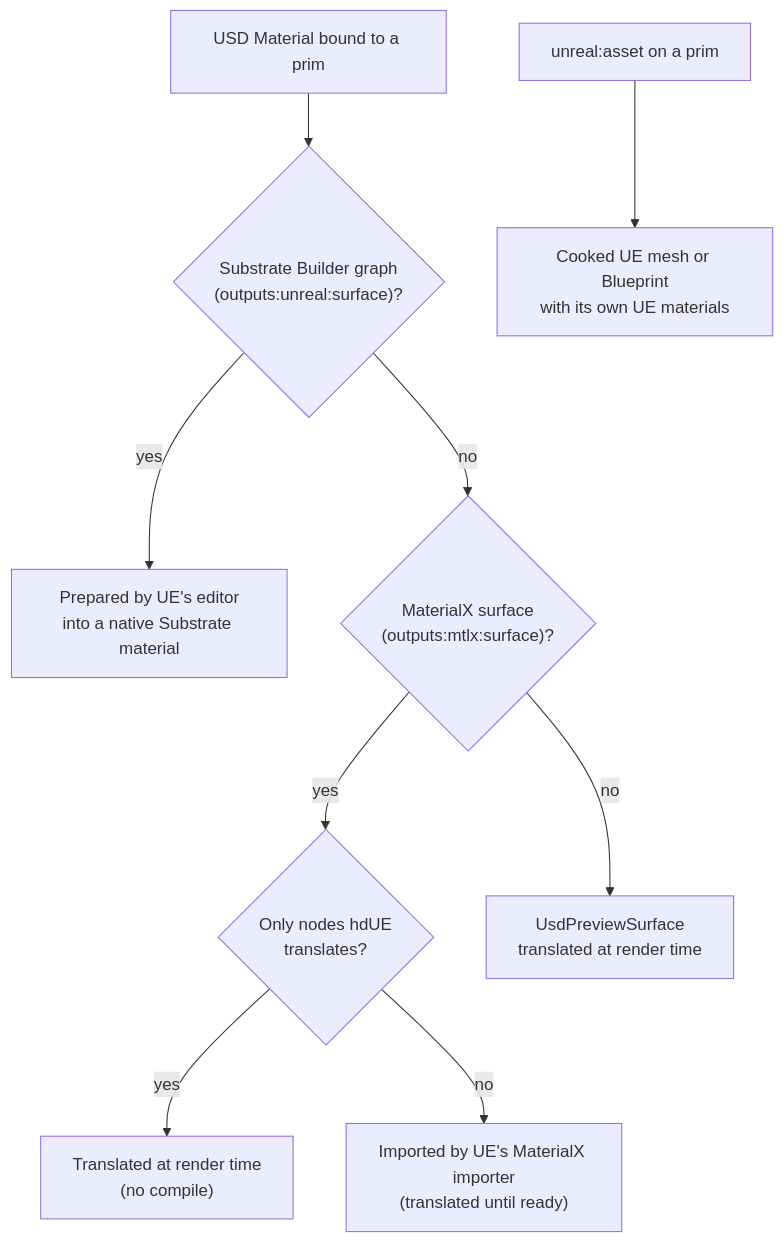
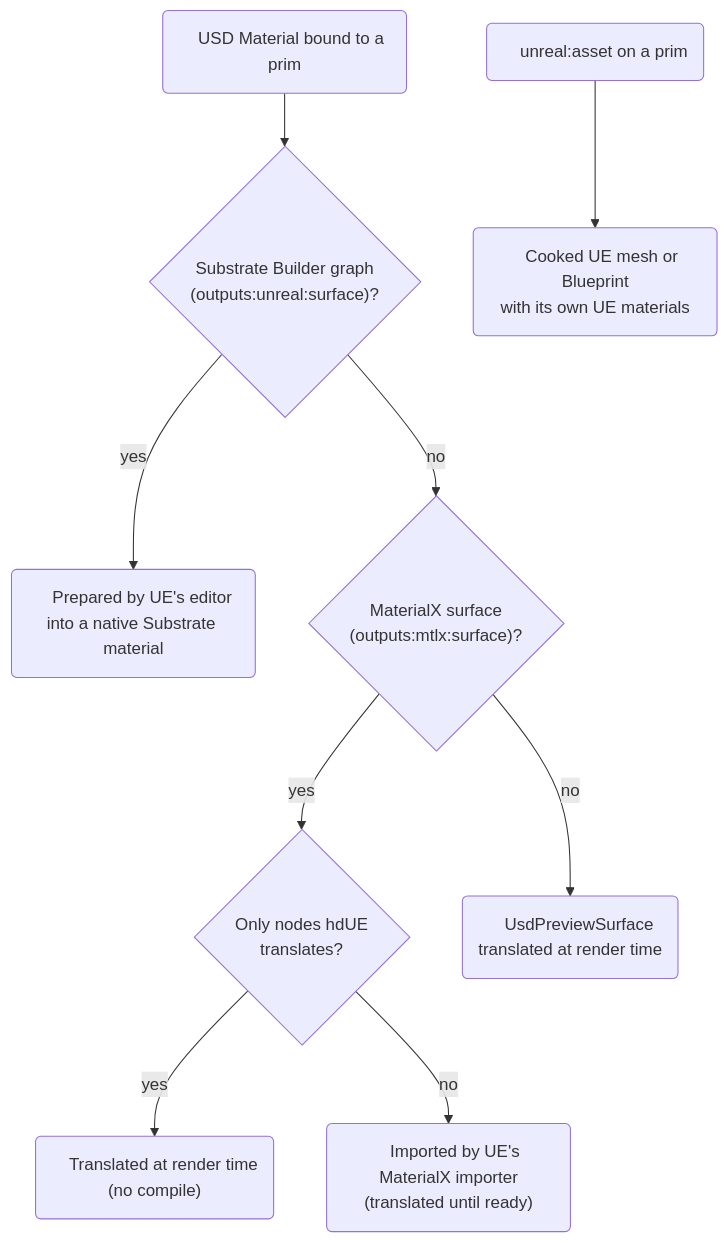
The diagram in docs/materials.md (healkeiser/HdUnrealEngine), drawn with Mermaid before and after one commit. The commit also changed 84 other files, not shown here.

First line of the commit message:
User guide: hdUE theme, interactive gallery, one diagram style, versioned docs

````diff
--- a/docs/materials.md
+++ b/docs/materials.md
@@ -11,11 +11,20 @@
 ```mermaid
 flowchart TD
-    M["USD Material bound to a prim"] --> Q1{"Substrate Builder graph<br/>(outputs:unreal:surface)?"}
-    Q1 -- yes --> SB["Prepared by UE's editor<br/>into a native Substrate material"]
+    M("fal:fa-palette USD Material bound to a prim") --> Q1{"Substrate Builder graph<br/>(outputs:unreal:surface)?"}
+    Q1 -- yes --> SB("fal:fa-hammer Prepared by UE's editor<br/>into a native Substrate material")
     Q1 -- no --> Q2{"MaterialX surface<br/>(outputs:mtlx:surface)?"}
     Q2 -- yes --> Q3{"Only nodes hdUE<br/>translates?"}
-    Q3 -- yes --> T["Translated at render time<br/>(no compile)"]
-    Q3 -- no --> I["Imported by UE's MaterialX importer<br/>(translated until ready)"]
-    Q2 -- no --> PS["UsdPreviewSurface<br/>translated at render time"]
-    N["unreal:asset on a prim"] --> NA["Cooked UE mesh or Blueprint<br/>with its own UE materials"]
+    Q3 -- yes --> T("fal:fa-zap Translated at render time<br/>(no compile)")
+    Q3 -- no --> I("fal:fa-download Imported by UE's MaterialX importer<br/>(translated until ready)")
+    Q2 -- no --> PS("fal:fa-zap UsdPreviewSurface<br/>translated at render time")
+    N("fal:fa-box unreal:asset on a prim") --> NA("fal:fa-boxes Cooked UE mesh or Blueprint<br/>with its own UE materials")
+
+    classDef host stroke-width:1px
+    classDef hdue stroke-width:1px
+    classDef unreal stroke-width:1px
+    classDef output stroke-width:1px
+
+    class M,N host
+    class Q1,Q2,Q3,T,PS hdue
+    class SB,I,NA unreal
 ```
````
